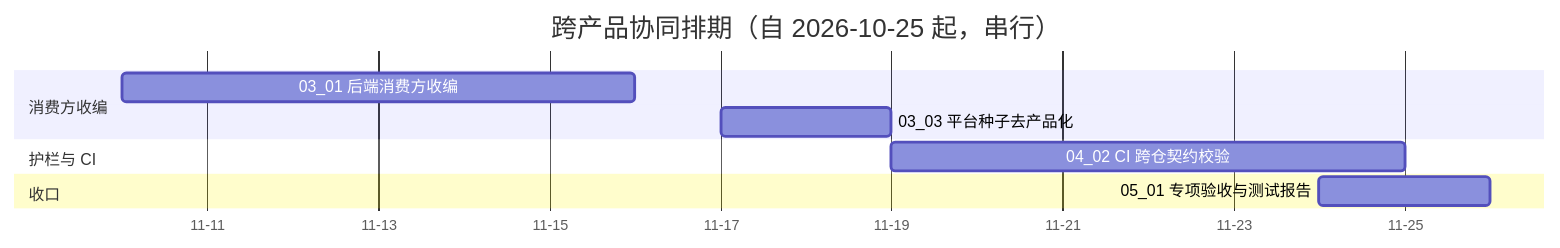
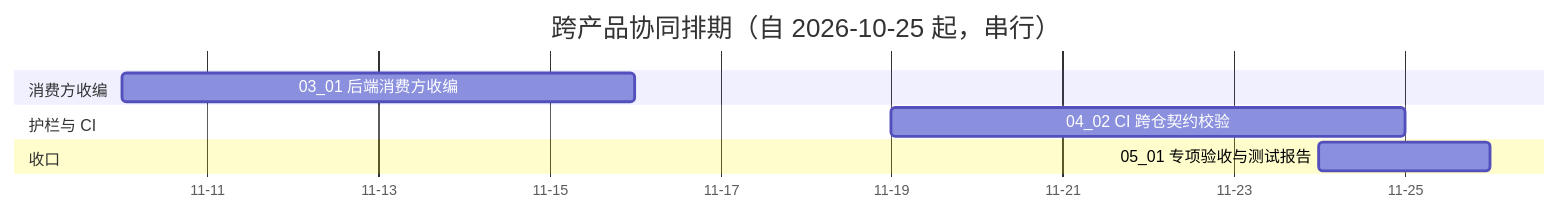
One commit to minjian123/basic-management-system changed the diagram in bms文档/项目/07B_跨产品协同/计划/01_计划_跨产品协同.md. Above: the diagram before and after it, drawn with Mermaid. The commit also changed other lines of this file and 6 other files, not shown here.

````diff
--- a/bms文档/项目/07B_跨产品协同/计划/01_计划_跨产品协同.md
+++ b/bms文档/项目/07B_跨产品协同/计划/01_计划_跨产品协同.md
@@ -40,13 +40,12 @@
 ```mermaid
 gantt
     title 跨产品协同排期（自 2026-10-25 起，串行）
     dateFormat  YYYY-MM-DD
     axisFormat %m-%d
     section 消费方收编
     03_01 后端消费方收编 :a0301, 2026-11-10, 6d
-    03_03 平台种子去产品化 :a0303, 2026-11-17, 2d
     section 护栏与 CI
     04_02 CI 跨仓契约校验 :a0402, 2026-11-19, 6d
     section 收口
     05_01 专项验收与测试报告 :a0501, 2026-11-24, 2d
 ```
````
